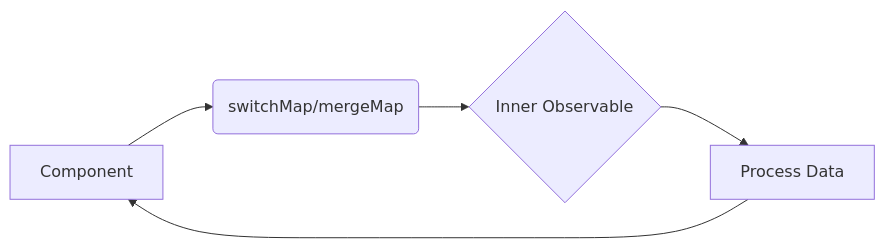
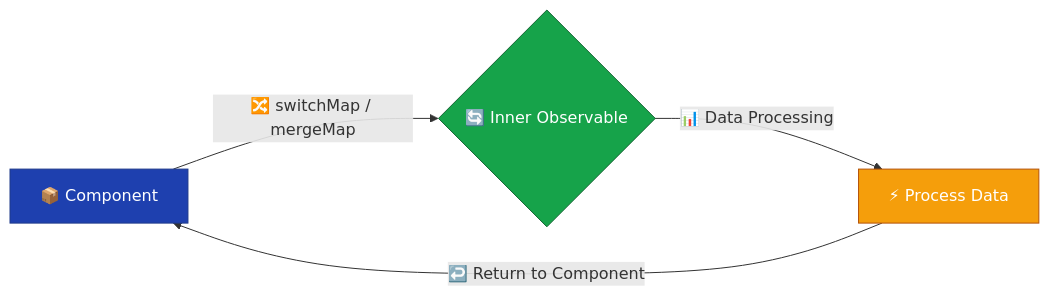
One commit to infoyouth/infoyouth.github.io changed the second of 3 diagrams in _posts/2025-02-09-12.-real-time-features-in-angular.md. Above: the diagram before and after it, drawn with Mermaid. The commit also changed other lines of this file, not shown here.

````diff
--- a/_posts/2025-02-09-12.-real-time-features-in-angular.md
+++ b/_posts/2025-02-09-12.-real-time-features-in-angular.md
@@ -250,7 +257,11 @@
 ```mermaid
 graph LR
-A[Component] --> B(switchMap/mergeMap);
-B --> C{Inner Observable};
-C --> D[Process Data];
-D --> A;
+    A["📦 Component"] -->|🔀 switchMap / mergeMap| B{"🔄 Inner Observable"};
+    B -->|📊 Data Processing| C["⚡ Process Data"];
+    C -->|↩️ Return to Component| A;
+
+    style A fill:#1e40af,stroke:#1e3a8a,color:#ffffff
+    style B fill:#16a34a,stroke:#166534,color:#ffffff
+    style C fill:#f59e0b,stroke:#b45309,color:#ffffff
+
 ```
````
